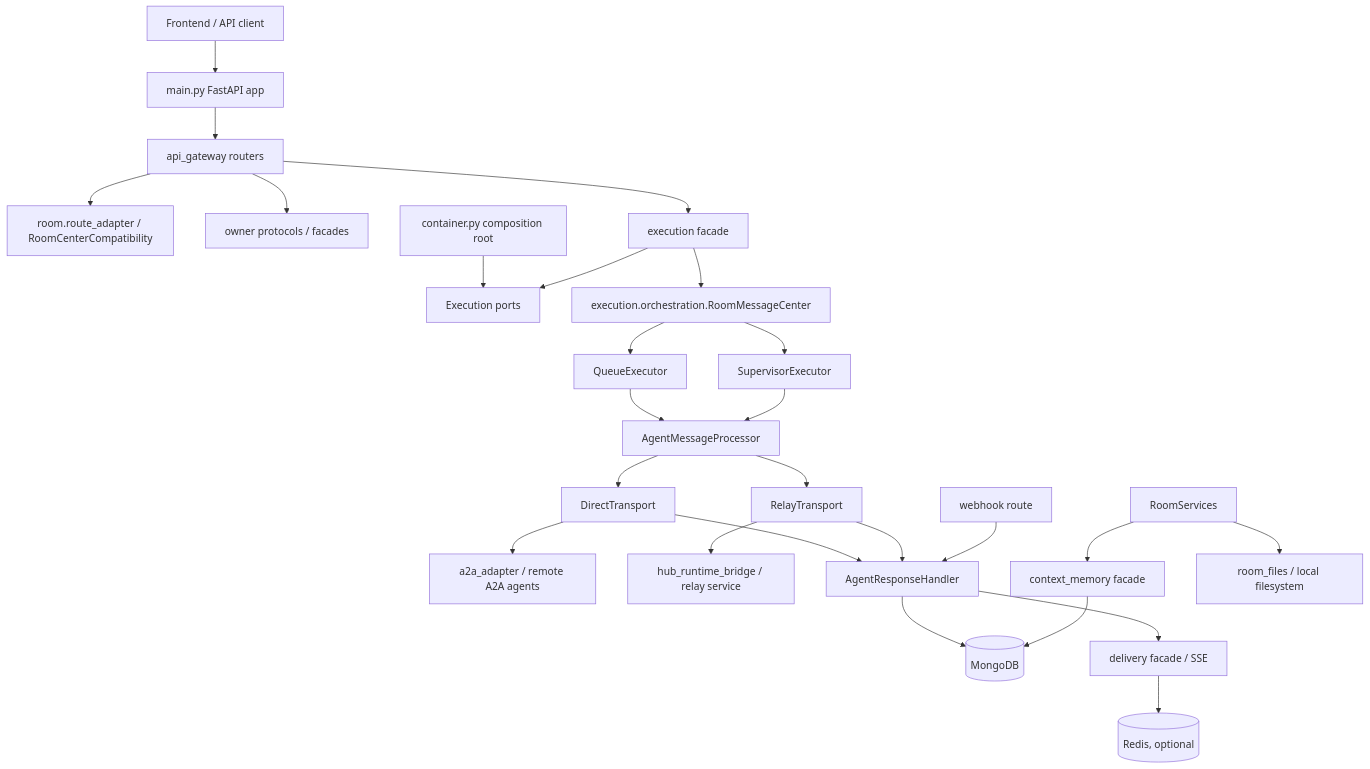
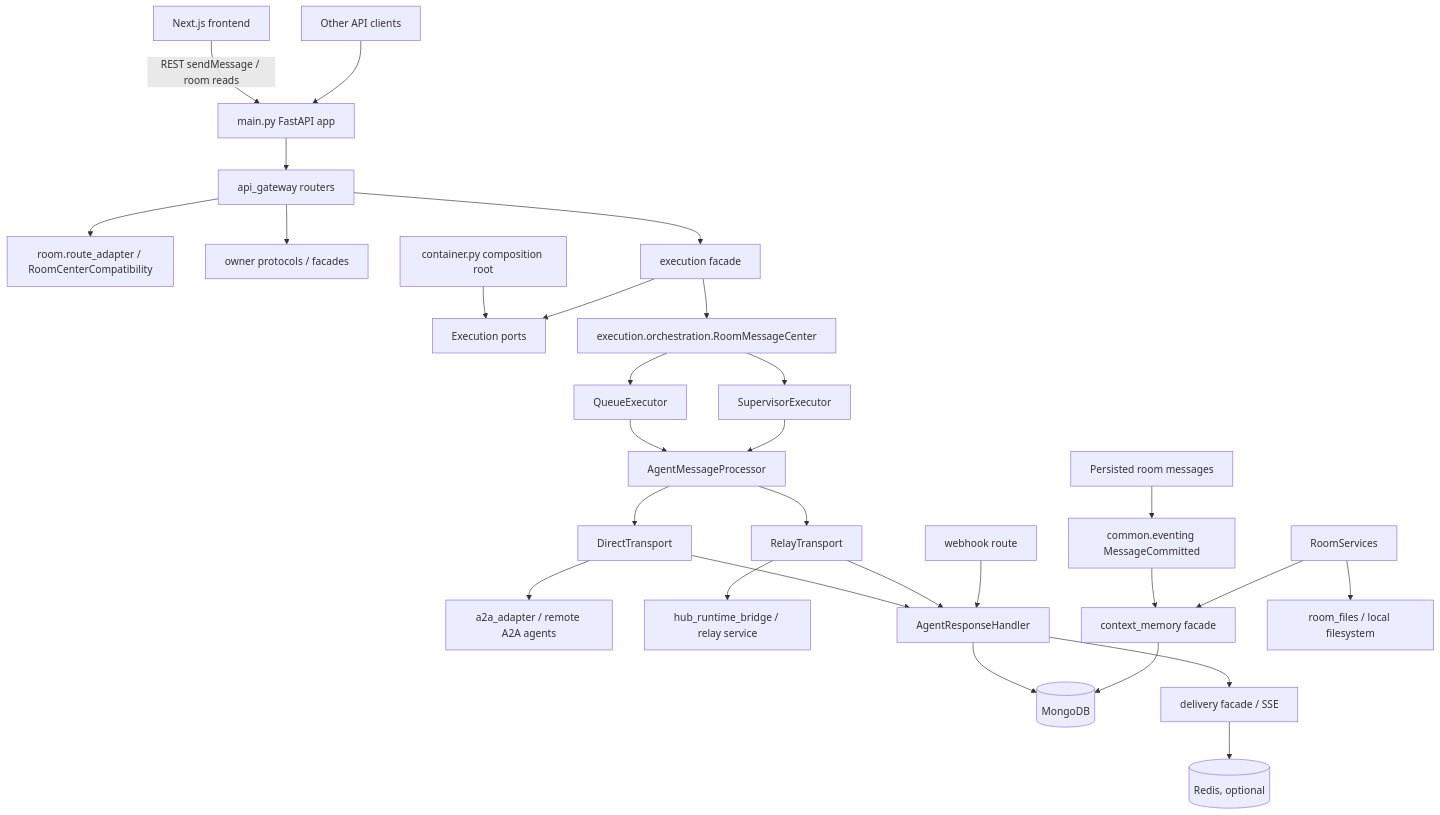
Before and after one commit to JeromeOvO/hybro: the diagram in backend/docs/System-Architecture.md, drawn with Mermaid. The commit also changed other lines of this file, not shown here.

Commit message:
docs: finalize context memory architecture

````diff
--- a/backend/docs/System-Architecture.md
+++ b/backend/docs/System-Architecture.md
@@ -23,32 +23,35 @@
 ```mermaid
 flowchart TD
-    Client[Frontend / API client] --> FastAPI[main.py FastAPI app]
+    Frontend[Next.js frontend] -->|REST sendMessage / room reads| FastAPI[main.py FastAPI app]
+    APIClient[Other API clients] --> FastAPI
     FastAPI --> APIGateway[api_gateway routers]
     APIGateway --> RoomRoutes[room.route_adapter / RoomCenterCompatibility]
     APIGateway --> OwnerPorts[owner protocols / facades]
     APIGateway --> Execution[execution facade]
 
     Container[container.py composition root] --> ExecutionPorts[Execution ports]
     Execution --> ExecutionPorts
     Execution --> RoomMessageCenter[execution.orchestration.RoomMessageCenter]
     RoomMessageCenter --> QueueExecutor[QueueExecutor]
     RoomMessageCenter --> SupervisorExecutor[SupervisorExecutor]
     QueueExecutor --> AgentMessageProcessor[AgentMessageProcessor]
     SupervisorExecutor --> AgentMessageProcessor
 
     AgentMessageProcessor --> DirectTransport[DirectTransport]
     AgentMessageProcessor --> RelayTransport[RelayTransport]
     DirectTransport --> A2A[a2a_adapter / remote A2A agents]
     RelayTransport --> HubRelay[hub_runtime_bridge / relay service]
 
     DirectTransport --> ResponseHandler[AgentResponseHandler]
     RelayTransport --> ResponseHandler
     Webhook[webhook route] --> ResponseHandler
 
     ResponseHandler --> Mongo[(MongoDB)]
     ResponseHandler --> Delivery[delivery facade / SSE]
-    RoomServices --> ContextMemory[context_memory facade]
+    RoomWrites[Persisted room messages] --> InternalEventing[common.eventing MessageCommitted]
+    InternalEventing --> ContextMemory[context_memory facade]
+    RoomServices --> ContextMemory
     RoomServices --> RoomFiles[room_files / local filesystem]
     ContextMemory --> Mongo
     Delivery --> Redis[(Redis, optional)]
 ```
````
